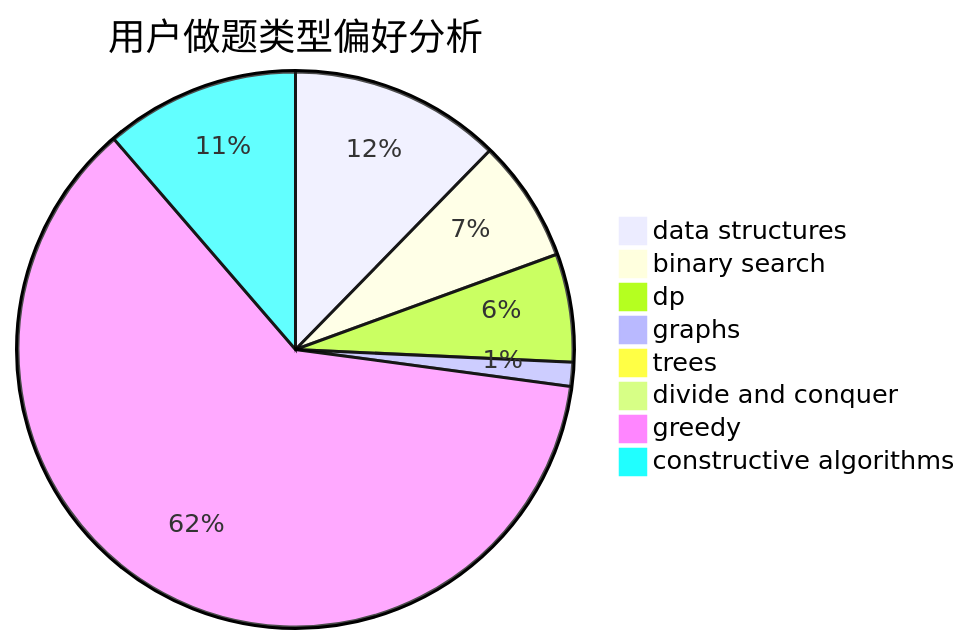
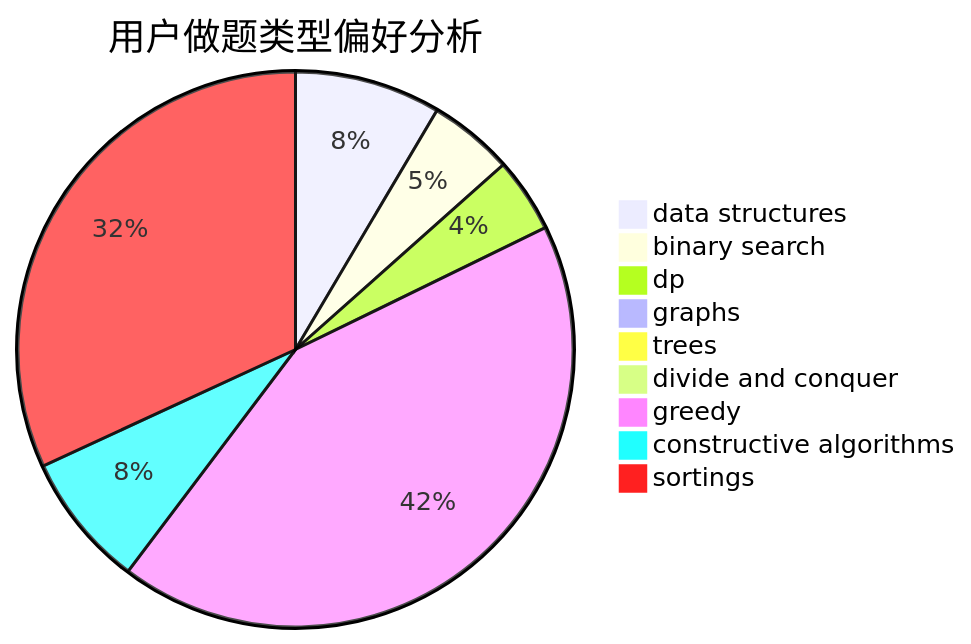
Before and after one commit to sherpahu/cfrs.github.io: the second of 3 diagrams in docs/user/u1519.md, drawn with Mermaid. The commit also changed other lines of this file and 2769 other files, not shown here.

````diff
--- a/docs/user/u1519.md
+++ b/docs/user/u1519.md
@@ -23,11 +18,12 @@
 ```mermaid
 pie title 用户做题类型偏好分析
     "data structures" :  88
     "binary search" :  51
     "dp" :  45
     "graphs" :  10
     "trees" :  0
     "divide and conquer" :  0
     "greedy" :  440
     "constructive algorithms" :  81
+    "sortings" :  330
 ```
````
